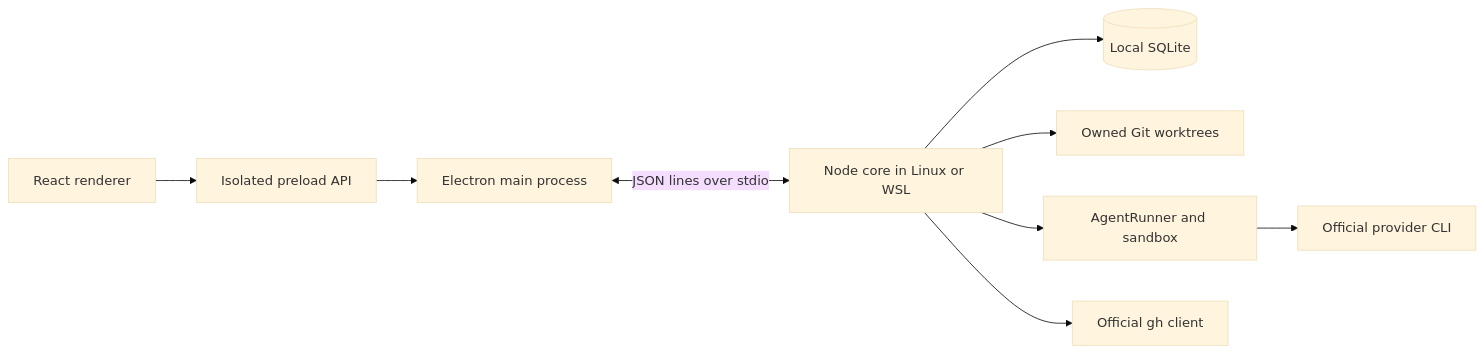
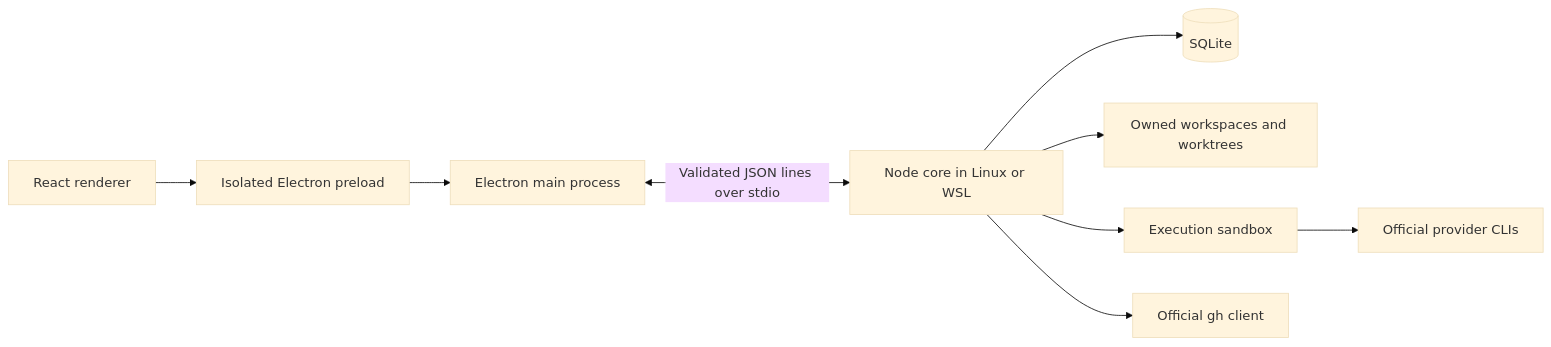
The diagram in ARCHITECTURE.md (akshajrawat/akkco-vibestar), drawn with Mermaid (base theme) before and after one commit. The commit also changed other lines of this file and 37 other files, not shown here.

````diff
--- a/ARCHITECTURE.md
+++ b/ARCHITECTURE.md
@@ -14,11 +9,11 @@
 ```mermaid
 flowchart LR
-  UI[React renderer] --> Preload[Isolated preload API]
+  UI[React renderer] --> Preload[Isolated Electron preload]
   Preload --> Main[Electron main process]
-  Main <-->|JSON lines over stdio| Core[Node core in Linux or WSL]
-  Core --> DB[(Local SQLite)]
-  Core --> Git[Owned Git worktrees]
-  Core --> Runner[AgentRunner and sandbox]
-  Runner --> CLI[Official provider CLI]
+  Main <-->|Validated JSON lines over stdio| Core[Node core in Linux or WSL]
+  Core --> DB[(SQLite)]
+  Core --> Git[Owned workspaces and worktrees]
+  Core --> Sandbox[Execution sandbox]
+  Sandbox --> CLI[Official provider CLIs]
   Core --> GH[Official gh client]
 ```
````
